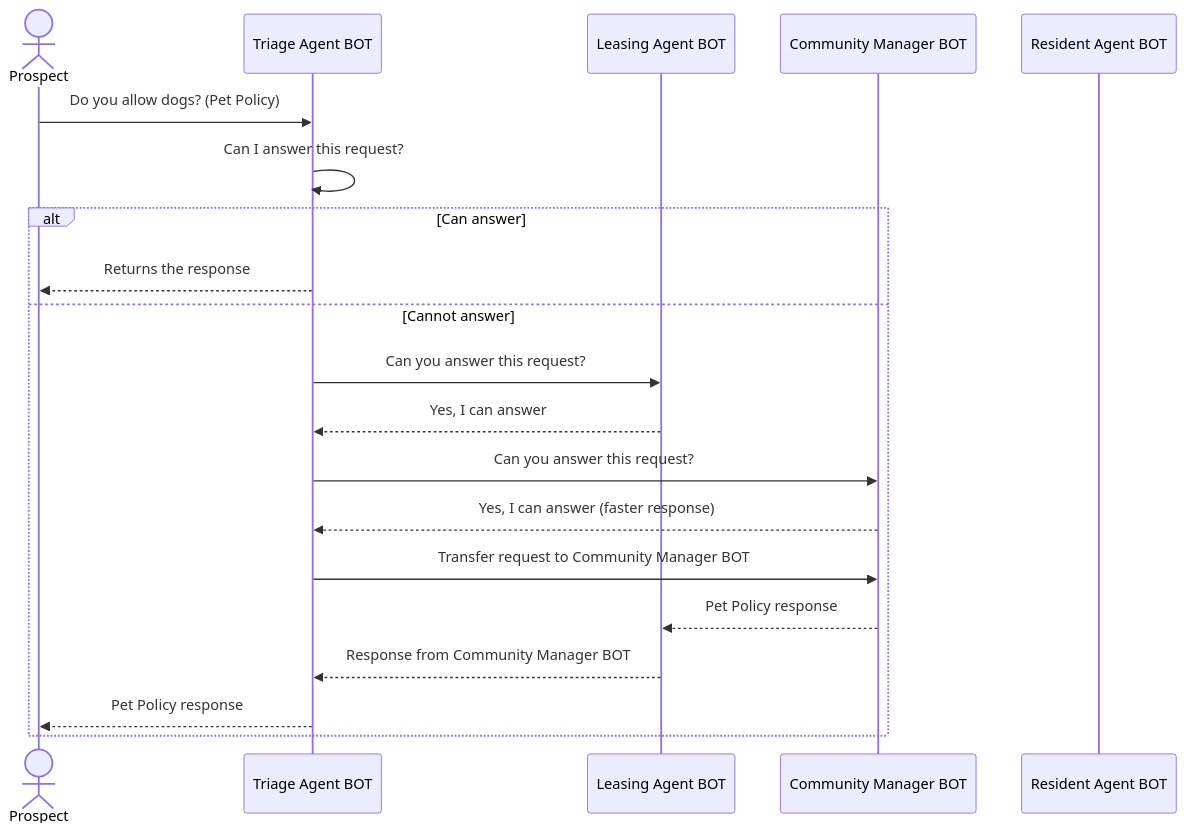
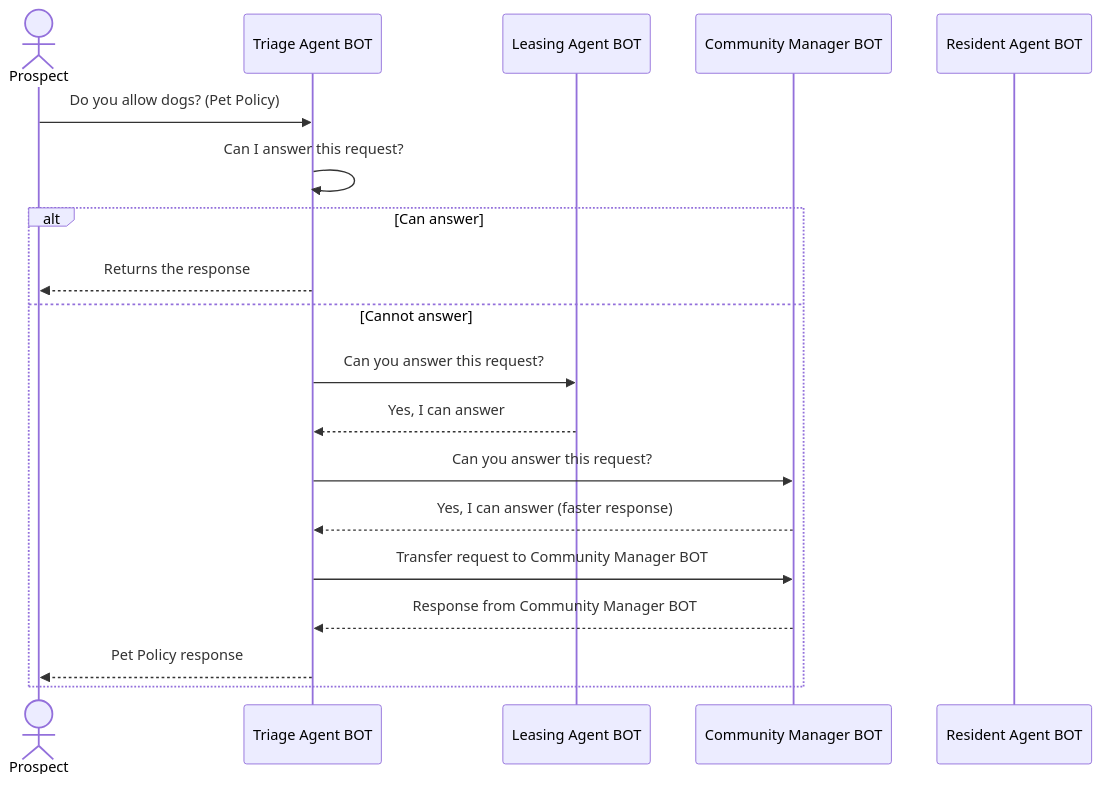
The third of 3 diagrams in README.md (prakash-dale/dev-meeting-us), drawn with Mermaid before and after one commit. The commit also changed other lines of this file, not shown here.

Commit message:
bot resp

````diff
--- a/README.md
+++ b/README.md
@@ -138,24 +154,23 @@
 ```mermaid
 sequenceDiagram
     actor Prospect as Prospect
     participant Triage as Triage Agent BOT
     participant Leasing as Leasing Agent BOT
     participant Community as Community Manager BOT
     participant Resident as Resident Agent BOT
 
     Prospect->>Triage: Do you allow dogs? (Pet Policy)
     Triage->>Triage: Can I answer this request?
     alt Can answer
         Triage-->>Prospect: Returns the response
     else Cannot answer
         Triage->>Leasing: Can you answer this request?
         Leasing-->>Triage: Yes, I can answer
         Triage->>Community: Can you answer this request?
         Community-->>Triage: Yes, I can answer (faster response)
         Triage->>Community: Transfer request to Community Manager BOT
-        Community-->>Leasing: Pet Policy response
-        Leasing-->>Triage: Response from Community Manager BOT
+        Community-->>Triage: Response from Community Manager BOT        
         Triage-->>Prospect: Pet Policy response
     end
 
 ```
````
